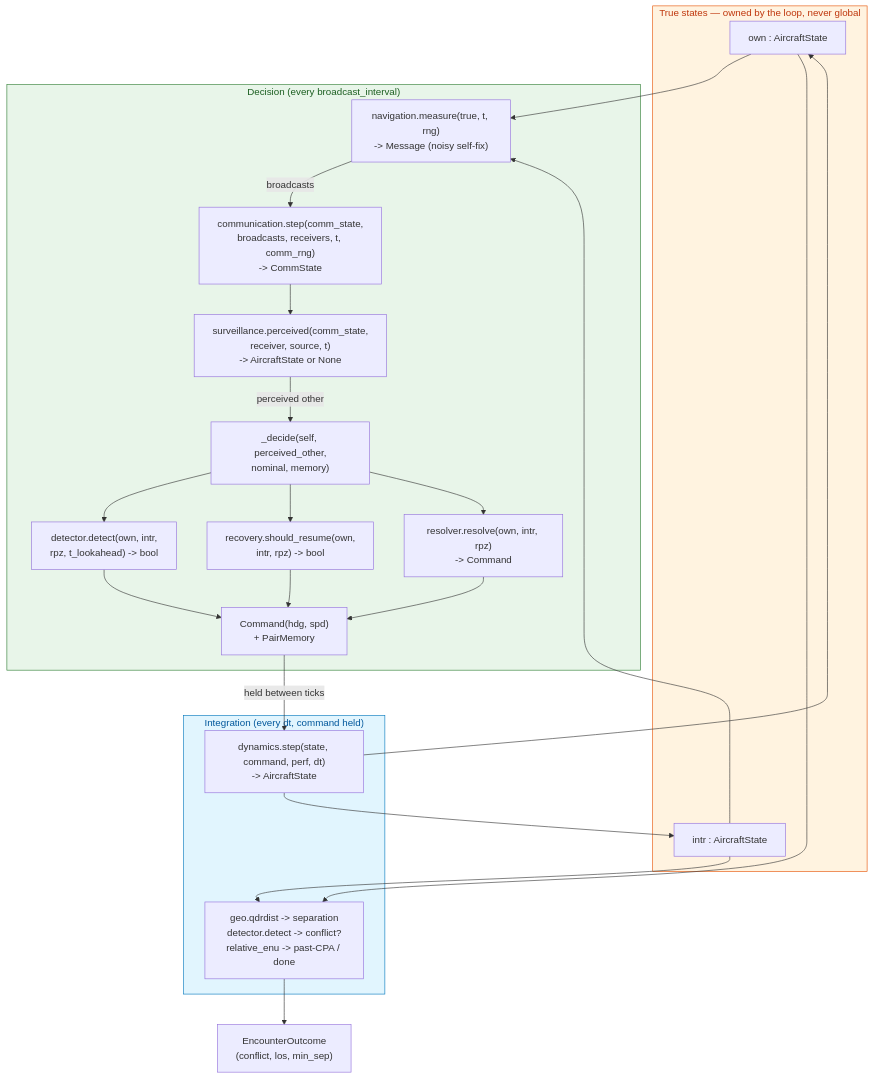
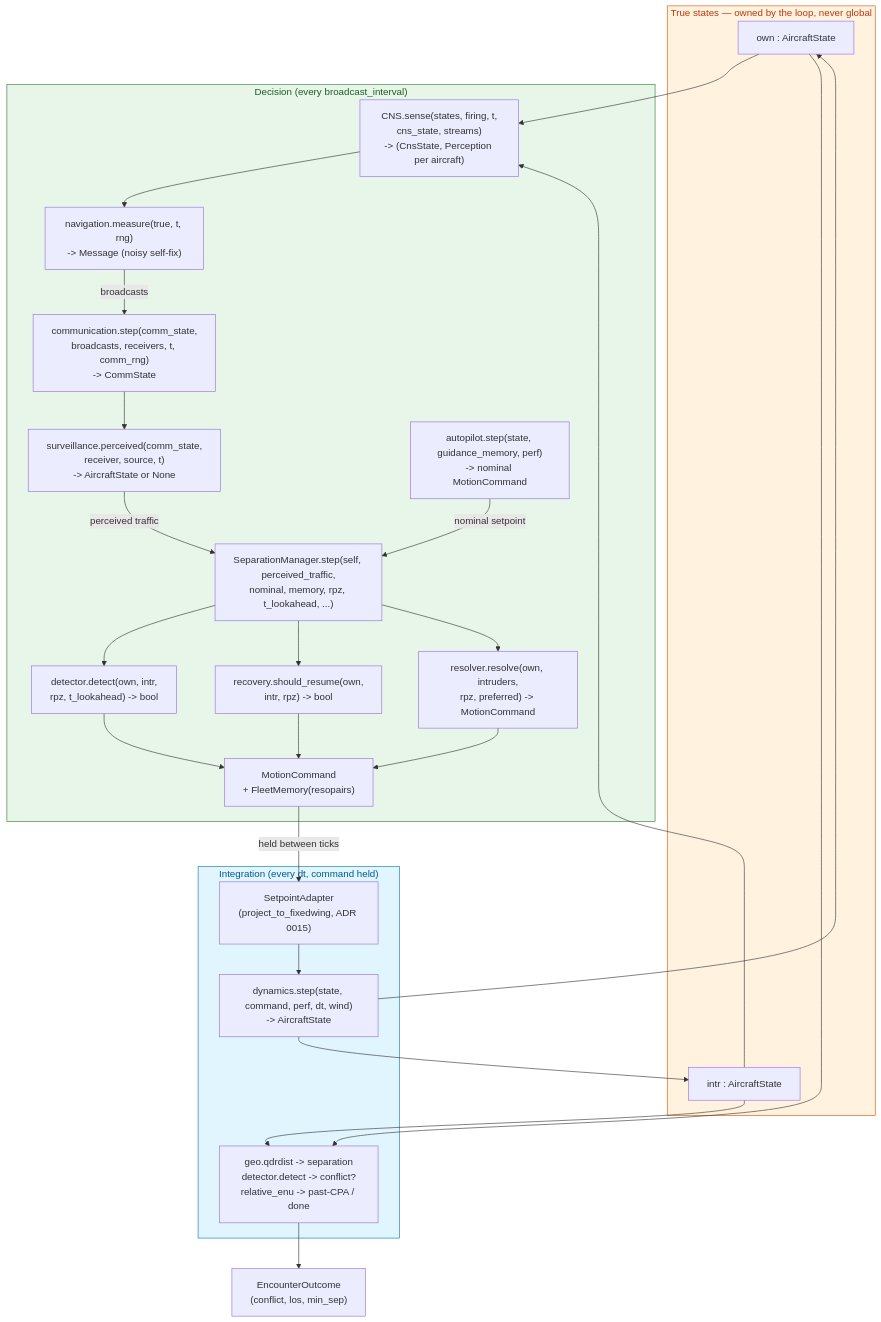
Before and after one commit to fazlurnu/OpenCDaRR: the third of 5 diagrams in vault/architecture-dataflow.md, drawn with Mermaid. The commit also changed other lines of this file and 15 other files, not shown here.

````diff
--- a/vault/architecture-dataflow.md
+++ b/vault/architecture-dataflow.md
@@ -97,45 +159,50 @@
 ```mermaid
 flowchart TB
     subgraph truth["True states — owned by the loop, never global"]
         OWN["own : AircraftState"]
         INTR["intr : AircraftState"]
     end
 
     subgraph bcast["Decision (every broadcast_interval)"]
+        SENSE["CNS.sense(states, firing, t,<br/>cns_state, streams)<br/>-> (CnsState, Perception per aircraft)"]
         MEAS["navigation.measure(true, t, rng)<br/>-> Message (noisy self-fix)"]
         COMM["communication.step(comm_state,<br/>broadcasts, receivers, t, comm_rng)<br/>-> CommState"]
         SURV["surveillance.perceived(comm_state,<br/>receiver, source, t)<br/>-> AircraftState or None"]
-        DECIDE["_decide(self, perceived_other,<br/>nominal, memory)"]
+        AP["autopilot.step(state, guidance_memory, perf)<br/>-> nominal MotionCommand"]
+        SEP["SeparationManager.step(self, perceived_traffic,<br/>nominal, memory, rpz, t_lookahead, ...)"]
         DET["detector.detect(own, intr,<br/>rpz, t_lookahead) -> bool"]
         REC["recovery.should_resume(own,<br/>intr, rpz) -> bool"]
-        RESO["resolver.resolve(own, intr, rpz)<br/>-> Command"]
-        CMD["Command(hdg, spd)<br/>+ PairMemory"]
+        RESO["resolver.resolve(own, intruders,<br/>rpz, preferred) -> MotionCommand"]
+        CMD["MotionCommand<br/>+ FleetMemory(resopairs)"]
     end
 
-    OWN --> MEAS
-    INTR --> MEAS
+    OWN --> SENSE
+    INTR --> SENSE
+    SENSE --> MEAS
     MEAS -->|broadcasts| COMM --> SURV
-    SURV -->|perceived other| DECIDE
-    DECIDE --> DET --> CMD
-    DECIDE --> REC --> CMD
-    DECIDE --> RESO --> CMD
+    SURV -->|perceived traffic| SEP
+    AP -->|nominal setpoint| SEP
+    SEP --> DET --> CMD
+    SEP --> REC --> CMD
+    SEP --> RESO --> CMD
 
     subgraph integ["Integration (every dt, command held)"]
-        DYN["dynamics.step(state, command, perf, dt)<br/>-> AircraftState"]
+        ADAPT["SetpointAdapter<br/>(project_to_fixedwing, ADR 0015)"]
+        DYN["dynamics.step(state, command, perf, dt, wind)<br/>-> AircraftState"]
         SCORE["geo.qdrdist -> separation<br/>detector.detect -> conflict?<br/>relative_enu -> past-CPA / done"]
     end
 
-    CMD -->|held between ticks| DYN
+    CMD -->|held between ticks| ADAPT --> DYN
     DYN --> OWN
     DYN --> INTR
     OWN --> SCORE
     INTR --> SCORE
     SCORE --> OUTCOME["EncounterOutcome<br/>(conflict, los, min_sep)"]
 
     classDef truthc fill:#fff3e0,stroke:#e65100,color:#bf360c
     classDef decc fill:#e8f5e9,stroke:#2e7d32,color:#1b5e20
     classDef intc fill:#e1f5fe,stroke:#0277bd,color:#01579b
     class truth truthc
     class bcast decc
     class integ intc
 ```
````
